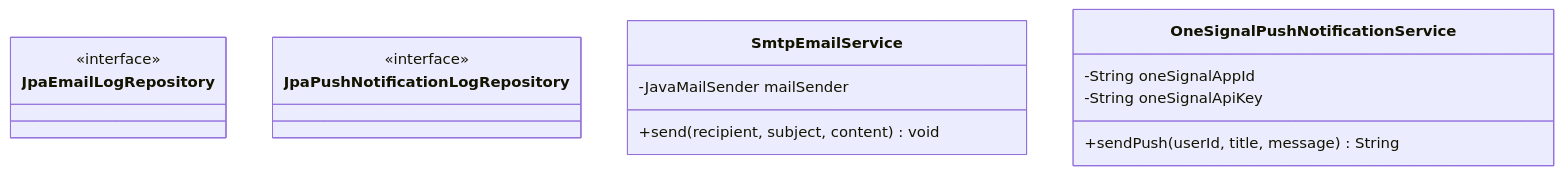
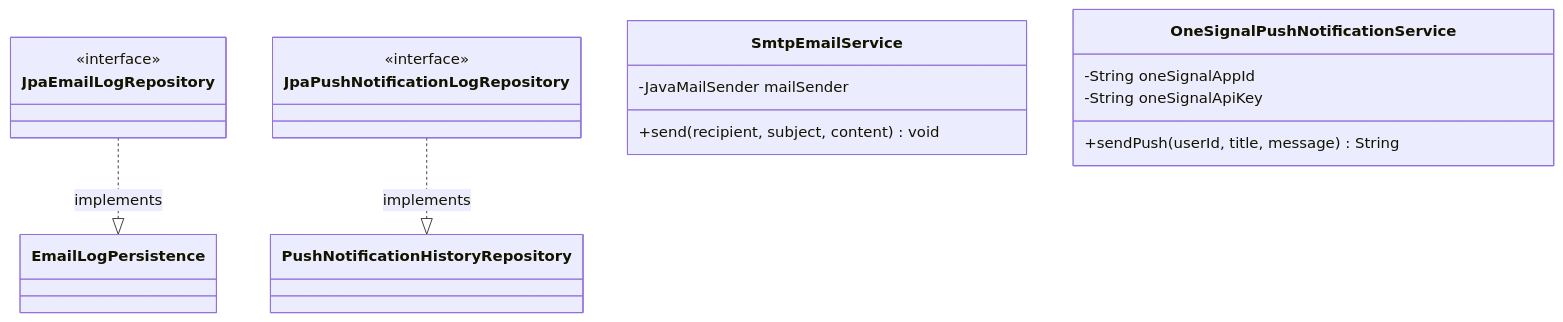
The fifth of 5 diagrams in class-diagrams/backend/notifications-bc.md (Vanana-Desarrollo-de-Soluciones-IOT/c4-diagrams), drawn with Mermaid before and after one commit. The commit also changed other lines of this file and 5 other files, not shown here.

Commit message:
Refactor notifications backend: Update NotificationController, add PushNotificationResponse, and implement PushNotificationHistoryQueryService

````diff
--- a/class-diagrams/backend/notifications-bc.md
+++ b/class-diagrams/backend/notifications-bc.md
@@ -261,18 +323,21 @@
 ```mermaid
 classDiagram
 class JpaEmailLogRepository {
     <<interface>>
 }
 class JpaPushNotificationLogRepository {
     <<interface>>
 }
 class SmtpEmailService {
     -JavaMailSender mailSender
     +send(recipient, subject, content) void
 }
 class OneSignalPushNotificationService {
     -String oneSignalAppId
     -String oneSignalApiKey
     +sendPush(userId, title, message) String
 }
+
+JpaEmailLogRepository ..|> EmailLogPersistence : implements
+JpaPushNotificationLogRepository ..|> PushNotificationHistoryRepository : implements
 ```
````
